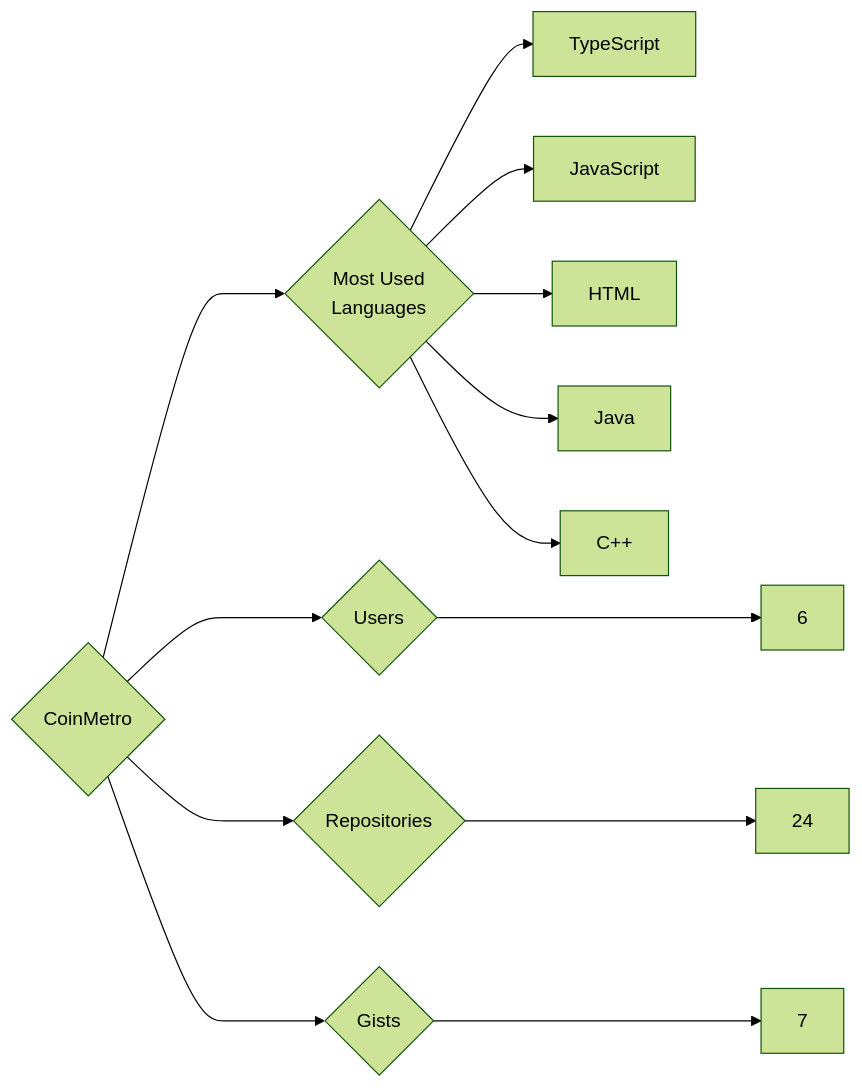
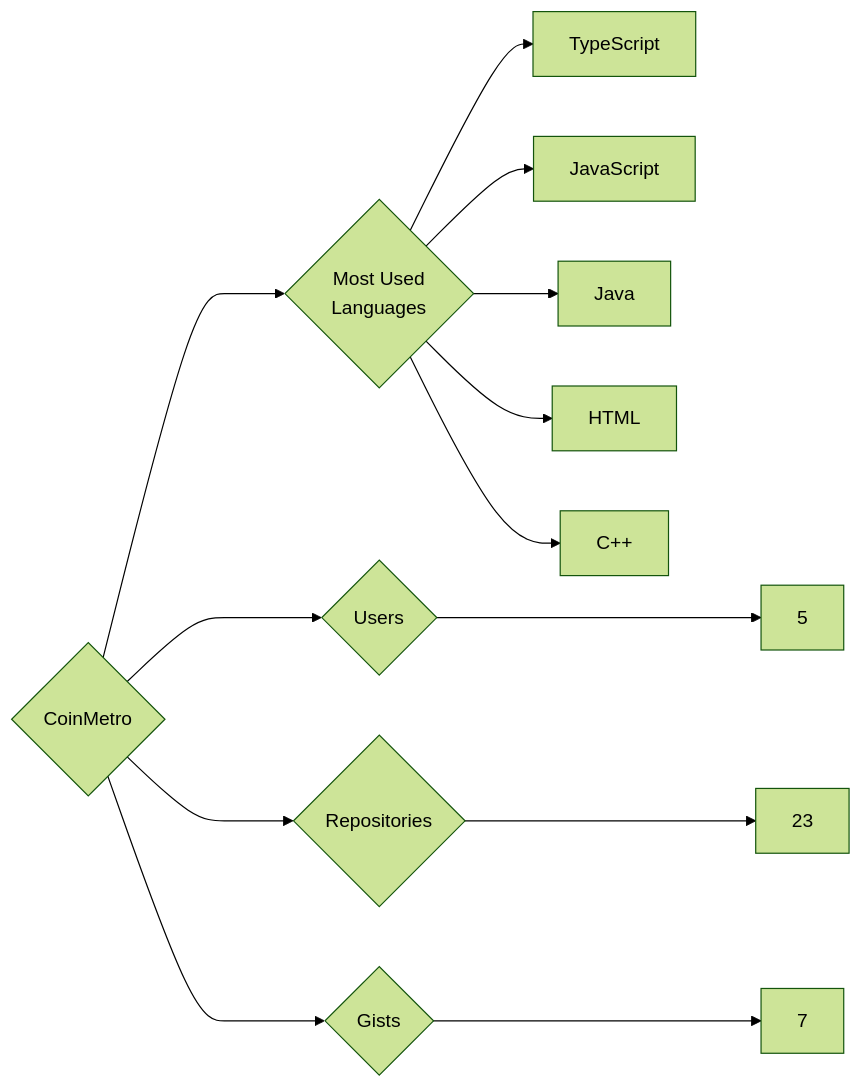
The diagram in targets/CoinMetro/README.md (trickest/insiders), drawn with Mermaid (forest theme) before and after one commit. The commit also changed 1078 other files, not shown here.

````diff
--- a/targets/CoinMetro/README.md
+++ b/targets/CoinMetro/README.md
@@ -3,13 +3,13 @@
 ```mermaid
 graph LR
 COMPANY_NAME{CoinMetro}
-COMPANY_NAME ---> U{Users} ---> UN[6]
-COMPANY_NAME ---> R{Repositories} ---> RN[24]
+COMPANY_NAME ---> U{Users} ---> UN[5]
+COMPANY_NAME ---> R{Repositories} ---> RN[23]
 COMPANY_NAME ---> G{Gists} ---> GN[7]
 COMPANY_NAME ---> ML{Most Used<br>Languages}
 ML --> TypeScript[TypeScript]
 ML --> JavaScript[JavaScript]
+ML --> Java[Java]
 ML --> HTML[HTML]
-ML --> Java[Java]
 ML --> C++[C++]
 ```
````
